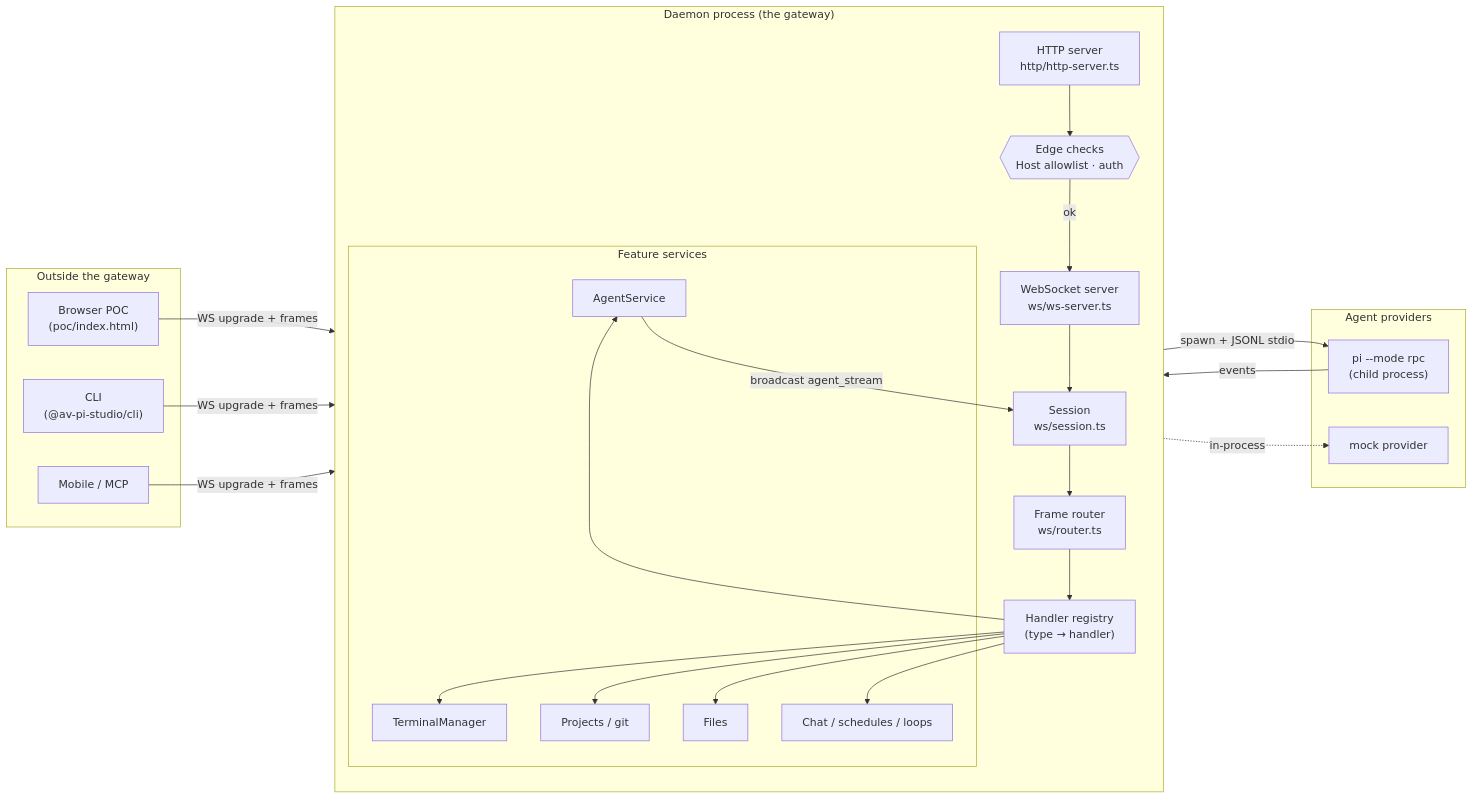
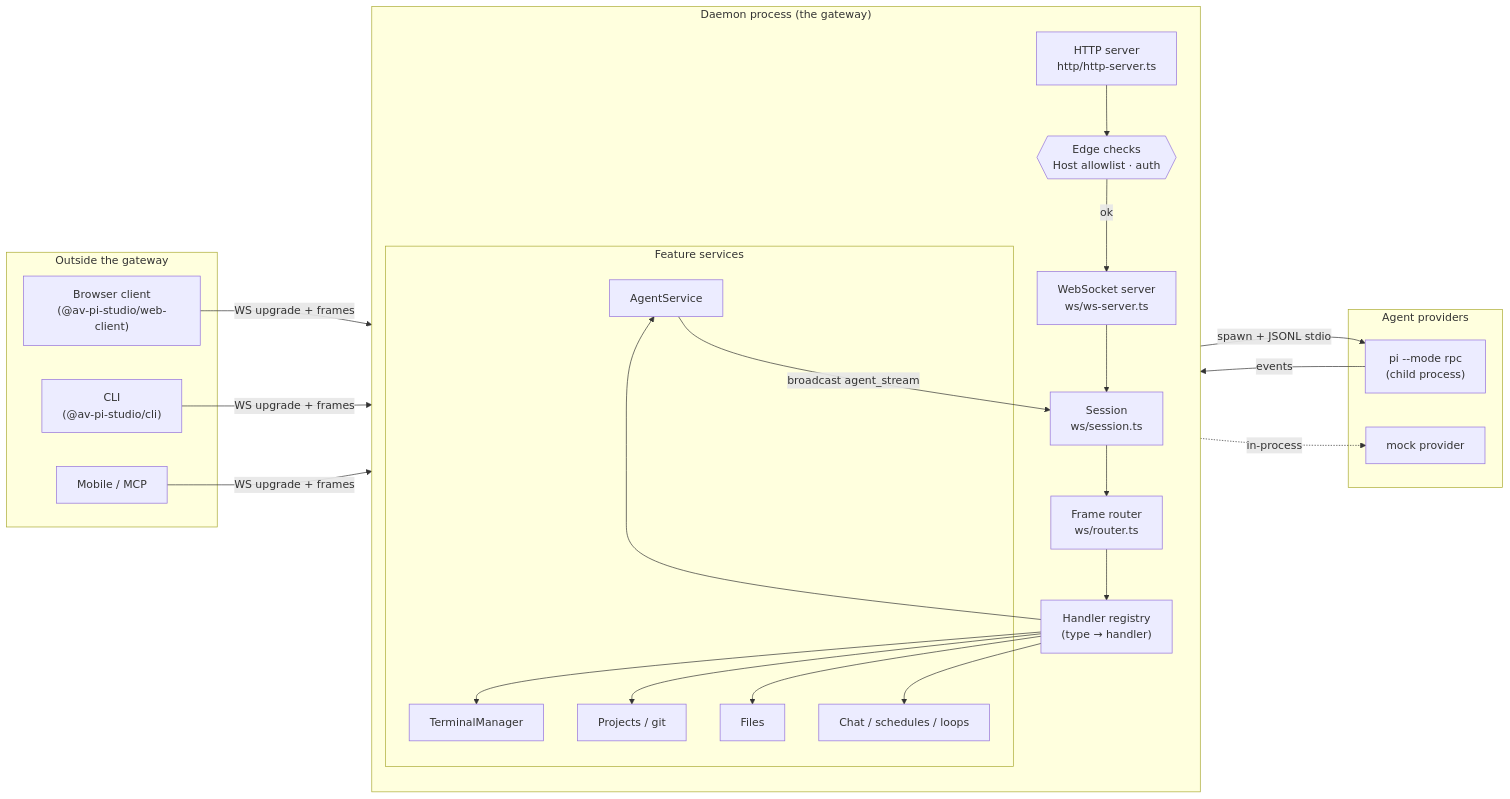
The first of 8 diagrams in docs/gateway-architecture.md (avatsaev/pi-studio), drawn with Mermaid before and after one commit. The commit also changed 556 other files, not shown here.

````diff
--- a/docs/gateway-architecture.md
+++ b/docs/gateway-architecture.md
@@ -19,43 +19,43 @@
 ```mermaid
 flowchart LR
   subgraph Outside["Outside the gateway"]
-    Browser["Browser POC<br/>(poc/index.html)"]
+    Browser["Browser client<br/>(@av-pi-studio/web-client)"]
     CLI["CLI<br/>(@av-pi-studio/cli)"]
     Mobile["Mobile / MCP"]
   end
 
   subgraph Daemon["Daemon process (the gateway)"]
     direction TB
     HTTP["HTTP server<br/>http/http-server.ts"]
     WS["WebSocket server<br/>ws/ws-server.ts"]
     Sec{{"Edge checks<br/>Host allowlist · auth"}}
     Sess["Session<br/>ws/session.ts"]
     Router["Frame router<br/>ws/router.ts"]
     Registry["Handler registry<br/>(type → handler)"]
 
     subgraph Services["Feature services"]
       Agent["AgentService"]
       Term["TerminalManager"]
       Proj["Projects / git"]
       Files["Files"]
       Orch["Chat / schedules / loops"]
     end
   end
 
   subgraph Providers["Agent providers"]
     Pi["pi --mode rpc<br/>(child process)"]
     Mock["mock provider"]
   end
 
   Browser & CLI & Mobile -- "WS upgrade + frames" --> HTTP
   HTTP --> Sec
   Sec -- "ok" --> WS
   WS --> Sess
   Sess --> Router
   Router --> Registry
   Registry --> Agent & Term & Proj & Files & Orch
   Agent -- "spawn + JSONL stdio" --> Pi
   Agent -. "in-process" .-> Mock
   Pi -- "events" --> Agent
   Agent -- "broadcast agent_stream" --> Sess
 ```
````
